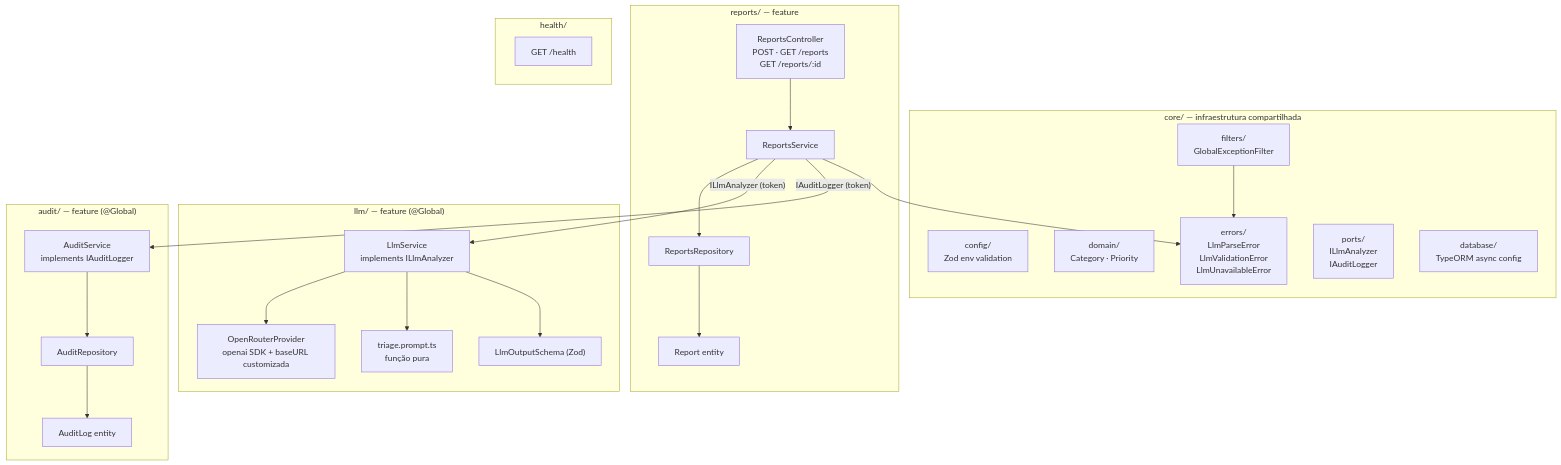
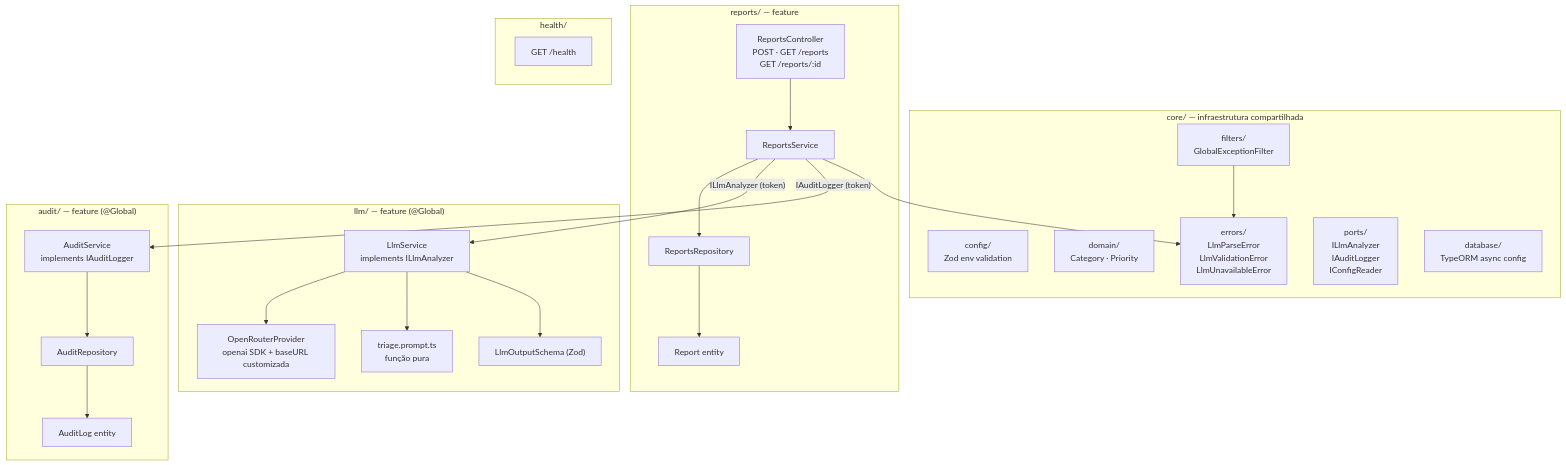
One commit to lgustavosoftwareengineer/zeladoria-inteligente changed the first of 5 diagrams in apps/api/README.md. Above: the diagram before and after it, drawn with Mermaid. The commit also changed other lines of this file, not shown here.

Commit message:
docs: update README.md to include IConfigReader interface in ports section
- Added IConfigReader to the list of interfaces in the ports section of README.md, enhancing clarity on available components in the API architecture.
- Updated the description of the ports section to reflect the inclusion of the new interface, ensuring comprehensive documentation for users.

````diff
--- a/apps/api/README.md
+++ b/apps/api/README.md
@@ -24,48 +24,48 @@
 ```mermaid
 graph TB
     subgraph core["core/ — infraestrutura compartilhada"]
         Config["config/<br/>Zod env validation"]
         Domain["domain/<br/>Category · Priority"]
         Errors["errors/<br/>LlmParseError<br/>LlmValidationError<br/>LlmUnavailableError"]
-        Ports["ports/<br/>ILlmAnalyzer<br/>IAuditLogger"]
+        Ports["ports/<br/>ILlmAnalyzer<br/>IAuditLogger<br/>IConfigReader"]
         Filter["filters/<br/>GlobalExceptionFilter"]
         DB["database/<br/>TypeORM async config"]
     end
 
     subgraph reports["reports/ — feature"]
         RC["ReportsController<br/>POST · GET /reports<br/>GET /reports/:id"]
         RS["ReportsService"]
         RRepo["ReportsRepository"]
         RE["Report entity"]
     end
 
     subgraph llm["llm/ — feature (@Global)"]
         LS["LlmService<br/>implements ILlmAnalyzer"]
         ORP["OpenRouterProvider<br/>openai SDK + baseURL customizada"]
         Prompt["triage.prompt.ts<br/>função pura"]
         Schema["LlmOutputSchema (Zod)"]
     end
 
     subgraph audit["audit/ — feature (@Global)"]
         AS["AuditService<br/>implements IAuditLogger"]
         ARepo["AuditRepository"]
         AE["AuditLog entity"]
     end
 
     subgraph health["health/"]
         HC["GET /health"]
     end
 
     RC --> RS
     RS --> RRepo
     RS -->|"ILlmAnalyzer (token)"| LS
     RS -->|"IAuditLogger (token)"| AS
     LS --> ORP
     LS --> Prompt
     LS --> Schema
     AS --> ARepo
     RRepo --> RE
     ARepo --> AE
     RS --> Errors
     Filter --> Errors
 ```
````
